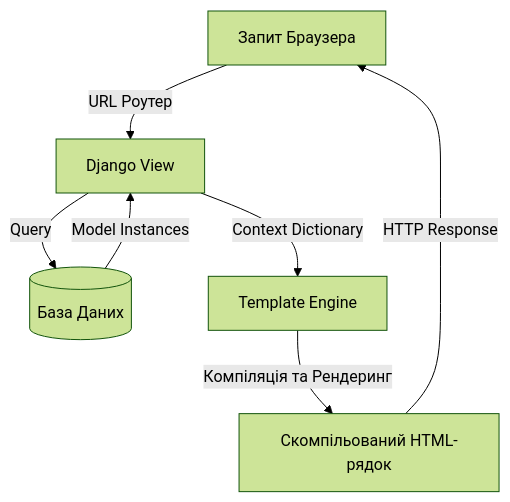
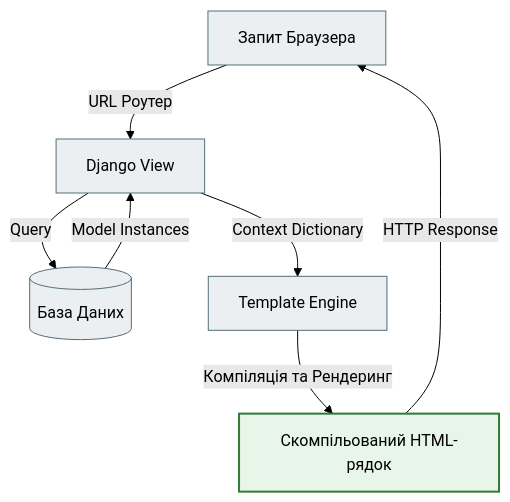
The sixth of 11 diagrams in docs/05_frontend_and_templates/design_foundations_full.md (NikoriakViktot/notes_chat_app), drawn with Mermaid (forest theme) before and after one commit. The commit also changed other lines of this file and 441 other files, not shown here.

First line of the commit message:
Add English version of the book, Mermaid standard, docs fixes

````diff
--- a/docs/05_frontend_and_templates/design_foundations_full.md
+++ b/docs/05_frontend_and_templates/design_foundations_full.md
@@ -616,9 +655,14 @@
 ```mermaid
 graph TD
     A[Запит Браузера] -->|URL Роутер| B[Django View]
     B -->|Query| C[(База Даних)]
     C -->|Model Instances| B
     B -->|Context Dictionary| D[Template Engine]
     D -->|Компіляція та Рендеринг| E[Скомпільований HTML-рядок]
     E -->|HTTP Response| A
+
+    classDef step     fill:#eceff1,stroke:#546e7a,stroke-width:1px;
+    classDef success  fill:#e8f5e9,stroke:#2e7d32,stroke-width:2px;
+    class A,B,C,D step;
+    class E success;
 ```
````
